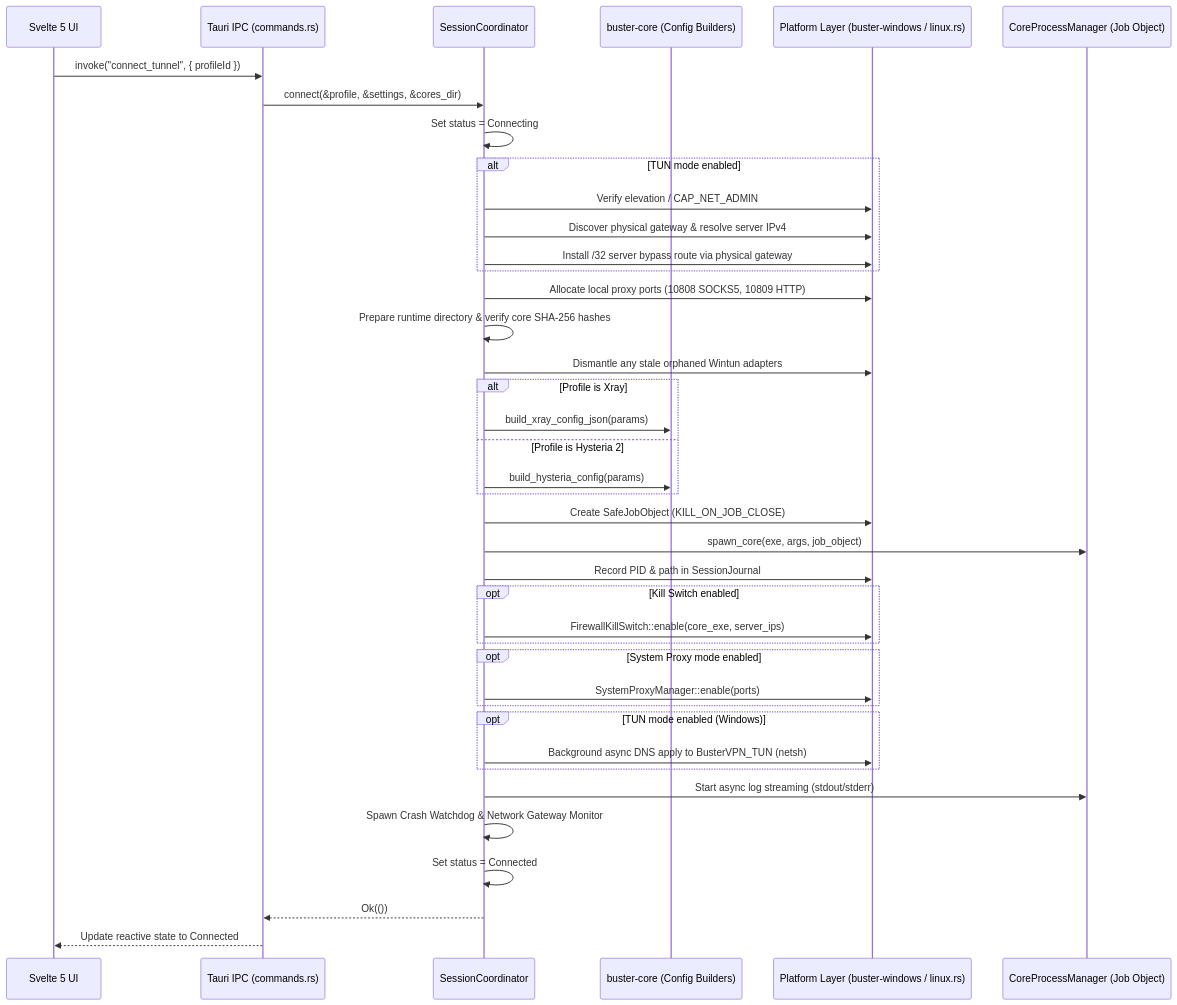
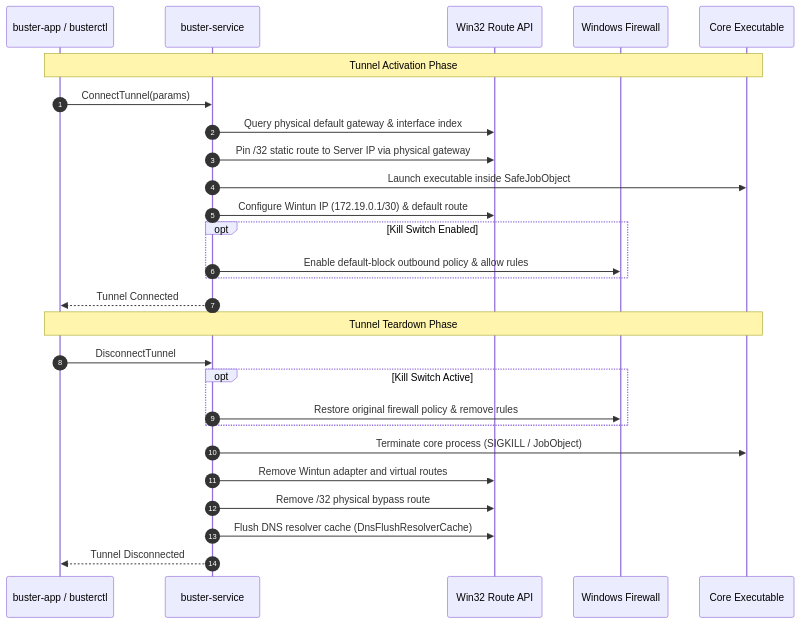
The second of 2 diagrams in docs/ARCHITECTURE.md (ReinQQ/BusterVPN), drawn with Mermaid before and after one commit. The commit also changed other lines of this file and 56 other files, not shown here.

Commit message:
feat(v1.5.0): Windows background service, hybrid sing-box + Xray engine, WebRTC/DNS leak diagnostics

````diff
--- a/docs/ARCHITECTURE.md
+++ b/docs/ARCHITECTURE.md
@@ -169,51 +142,31 @@
 ```mermaid
 sequenceDiagram
-    participant UI as Svelte 5 UI
-    participant CMD as Tauri IPC (commands.rs)
-    participant SC as SessionCoordinator
-    participant CORE as buster-core (Config Builders)
-    participant WIN as Platform Layer (buster-windows / linux.rs)
-    participant PROC as CoreProcessManager (Job Object)
+    autonumber
+    participant UI as buster-app / busterctl
+    participant Svc as buster-service
+    participant Net as Win32 Route API
+    participant FW as Windows Firewall
+    participant Core as Core Executable
 
-    UI->>CMD: invoke("connect_tunnel", { profileId })
-    CMD->>SC: connect(&profile, &settings, &cores_dir)
-    SC->>SC: Set status = Connecting
+    Note over UI,Core: Tunnel Activation Phase
+    UI->>Svc: ConnectTunnel(params)
+    Svc->>Net: Query physical default gateway & interface index
+    Svc->>Net: Pin /32 static route to Server IP via physical gateway
+    Svc->>Core: Launch executable inside SafeJobObject
+    Svc->>Net: Configure Wintun IP (172.19.0.1/30) & default route
+    opt Kill Switch Enabled
+        Svc->>FW: Enable default-block outbound policy & allow rules
+    end
+    Svc-->>UI: Tunnel Connected
 
-    alt TUN mode enabled
-        SC->>WIN: Verify elevation / CAP_NET_ADMIN
-        SC->>WIN: Discover physical gateway & resolve server IPv4
-        SC->>WIN: Install /32 server bypass route via physical gateway
+    Note over UI,Core: Tunnel Teardown Phase
+    UI->>Svc: DisconnectTunnel
+    opt Kill Switch Active
+        Svc->>FW: Restore original firewall policy & remove rules
     end
-
-    SC->>WIN: Allocate local proxy ports (10808 SOCKS5, 10809 HTTP)
-    SC->>SC: Prepare runtime directory & verify core SHA-256 hashes
-    SC->>WIN: Dismantle any stale orphaned Wintun adapters
-
-    alt Profile is Xray
-        SC->>CORE: build_xray_config_json(params)
-    else Profile is Hysteria 2
-        SC->>CORE: build_hysteria_config(params)
-    end
-
-    SC->>WIN: Create SafeJobObject (KILL_ON_JOB_CLOSE)
-    SC->>PROC: spawn_core(exe, args, job_object)
-    SC->>WIN: Record PID & path in SessionJournal
-
-    opt Kill Switch enabled
-        SC->>WIN: FirewallKillSwitch::enable(core_exe, server_ips)
-    end
-
-    opt System Proxy mode enabled
-        SC->>WIN: SystemProxyManager::enable(ports)
-    end
-
-    opt TUN mode enabled (Windows)
-        SC->>WIN: Background async DNS apply to BusterVPN_TUN (netsh)
-    end
-
-    SC->>PROC: Start async log streaming (stdout/stderr)
-    SC->>SC: Spawn Crash Watchdog & Network Gateway Monitor
-    SC->>SC: Set status = Connected
-    SC-->>CMD: Ok(())
-    CMD-->>UI: Update reactive state to Connected
+    Svc->>Core: Terminate core process (SIGKILL / JobObject)
+    Svc->>Net: Remove Wintun adapter and virtual routes
+    Svc->>Net: Remove /32 physical bypass route
+    Svc->>Net: Flush DNS resolver cache (DnsFlushResolverCache)
+    Svc-->>UI: Tunnel Disconnected
 ```
````
